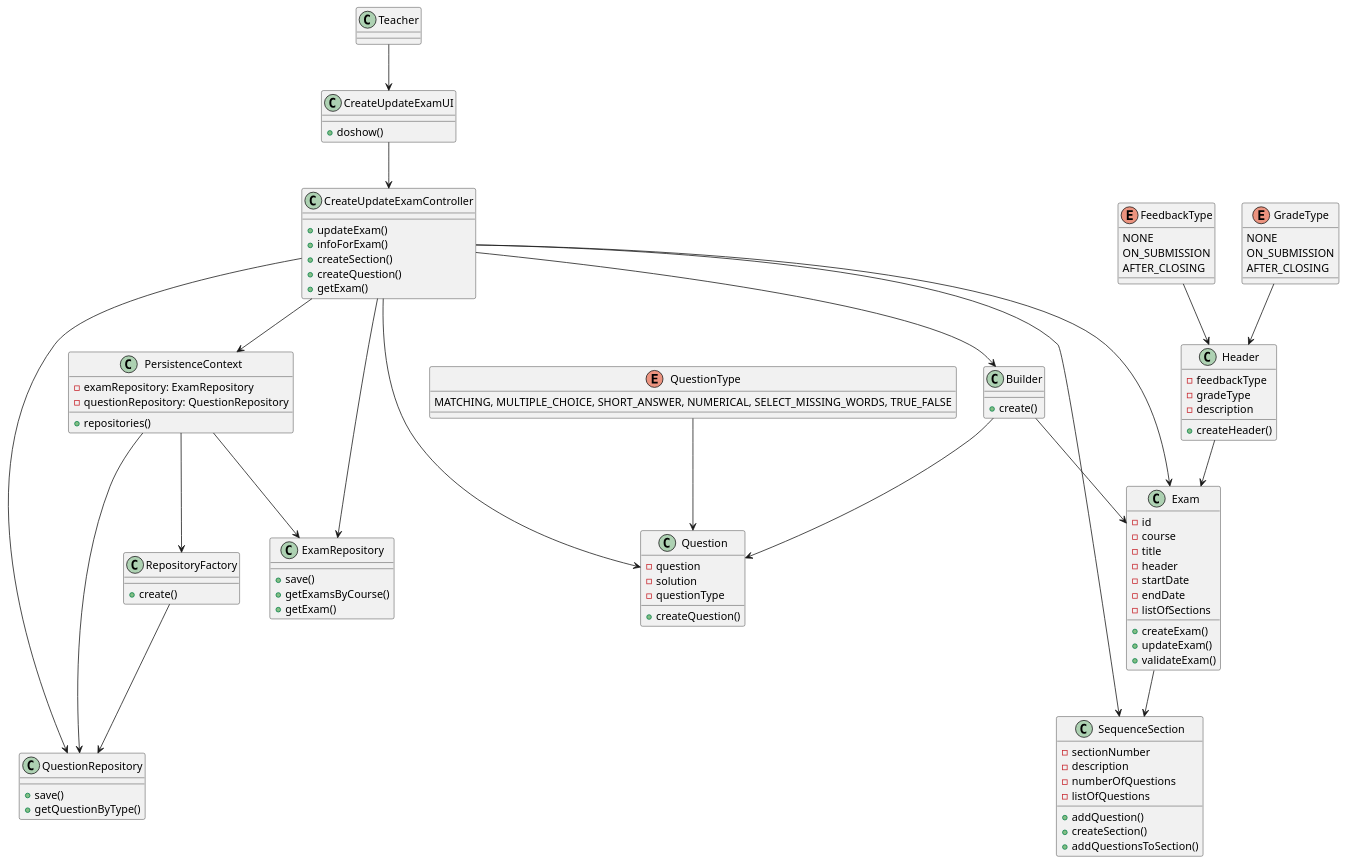
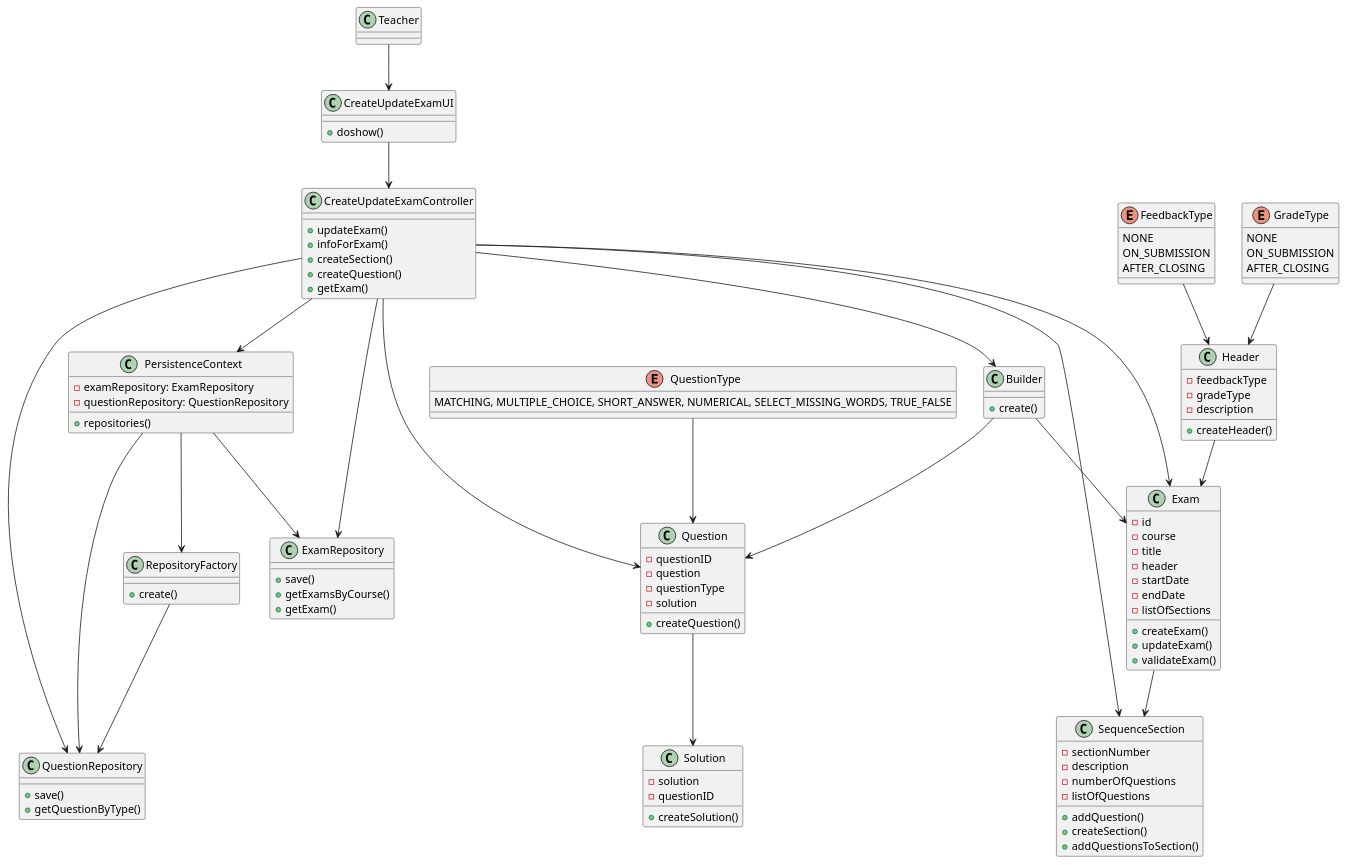
Before and after one commit to mascenso/isep-sem4-lapr4: the diagram in docs/SPRINT B/US2001 - Create an Exam/US2001-CD.puml, drawn with PlantUML. The commit also changed 31 other files, not shown here.

```diff
--- a/docs/SPRINT B/US2001 - Create an Exam/US2001-CD.puml
+++ b/docs/SPRINT B/US2001 - Create an Exam/US2001-CD.puml
@@ -1,105 +1,114 @@
 @startuml
 
 class Teacher
 class CreateUpdateExamUI {
     +doshow()
 }
 class CreateUpdateExamController {
     +updateExam()
     +infoForExam()
     +createSection()
     +createQuestion()
     +getExam()
 }
 class PersistenceContext {
     -examRepository: ExamRepository
     -questionRepository: QuestionRepository
     +repositories()
 }
 class RepositoryFactory {
     +create()
 }
 class Header {
     -feedbackType
     -gradeType
     -description
     +createHeader()
 }
 enum FeedbackType {
   NONE
   ON_SUBMISSION
   AFTER_CLOSING
 }
 
 enum GradeType {
   NONE
   ON_SUBMISSION
   AFTER_CLOSING
 }
 
 enum QuestionType {
   MATCHING, MULTIPLE_CHOICE, SHORT_ANSWER, NUMERICAL, SELECT_MISSING_WORDS, TRUE_FALSE
 }
 
 class Builder {
     +create()
 }
 class SequenceSection {
     -sectionNumber
     -description
     -numberOfQuestions
     -listOfQuestions
     +addQuestion()
     +createSection()
     +addQuestionsToSection()
 }
 class Question {
+    -questionID
     -question
+    -questionType
     -solution
-    -questionType
     +createQuestion()
 }
+
+class Solution {
+    -solution
+    -questionID
+    +createSolution()
+}
+
 class Exam {
     -id
     -course
     -title
     -header
     -startDate
     -endDate
     -listOfSections
     +createExam()
     +updateExam()
     +validateExam()
 }
 class ExamRepository {
     +save()
     +getExamsByCourse()
     +getExam()
 }
 class QuestionRepository {
     +save()
     +getQuestionByType()
 }
 
 Teacher --> CreateUpdateExamUI
 CreateUpdateExamUI --> CreateUpdateExamController
 CreateUpdateExamController --> PersistenceContext
 CreateUpdateExamController --> SequenceSection
 CreateUpdateExamController --> Question
 CreateUpdateExamController --> Exam
 CreateUpdateExamController --> Builder
 PersistenceContext --> ExamRepository
 PersistenceContext --> QuestionRepository
 PersistenceContext --> RepositoryFactory
 RepositoryFactory --> QuestionRepository
 Builder --> Question
 Builder --> Exam
 CreateUpdateExamController --> ExamRepository
 CreateUpdateExamController --> QuestionRepository
 Exam --> SequenceSection
 FeedbackType-->Header
 GradeType-->Header
 Header-->Exam
 QuestionType-->Question
+Question-->Solution
 
 @enduml
```
